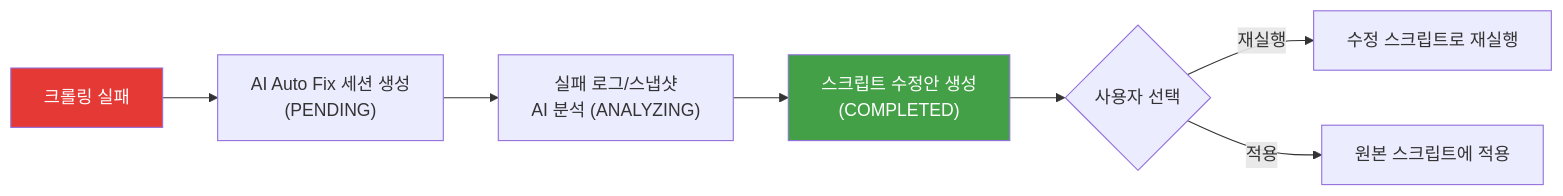
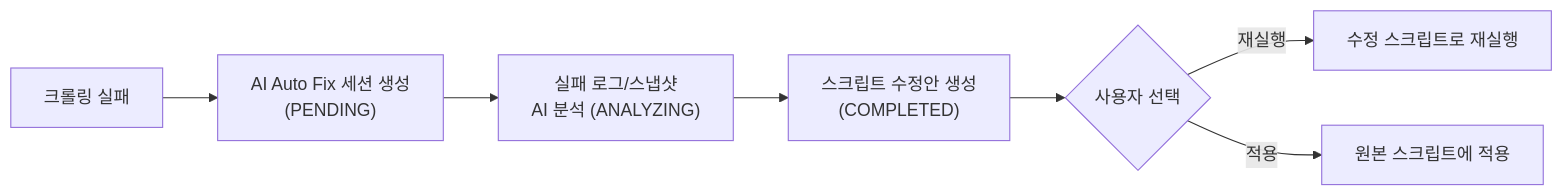
One commit to cybertarzan/vibe-crawler-handover changed the fifth of 7 diagrams in docs/backend/02-architecture-and-design.md. Above: the diagram before and after it, drawn with Mermaid. The commit also changed other lines of this file and 30 other files, not shown here.

Commit message:
style: 모든 mermaid 다이어그램에서 커스텀 배경색 제거 (기본 테마 사용)

````diff
--- a/docs/backend/02-architecture-and-design.md
+++ b/docs/backend/02-architecture-and-design.md
@@ -294,12 +284,10 @@
 ```mermaid
 flowchart LR
     A["크롤링 실패"] --> B["AI Auto Fix 세션 생성<br/>(PENDING)"]
     B --> C["실패 로그/스냅샷<br/>AI 분석 (ANALYZING)"]
     C --> D["스크립트 수정안 생성<br/>(COMPLETED)"]
     D --> E{"사용자 선택"}
     E -->|재실행| F["수정 스크립트로 재실행"]
     E -->|적용| G["원본 스크립트에 적용"]
 
-    style A fill:#e53935,color:#fff
-    style D fill:#43A047,color:#fff
 ```
````
